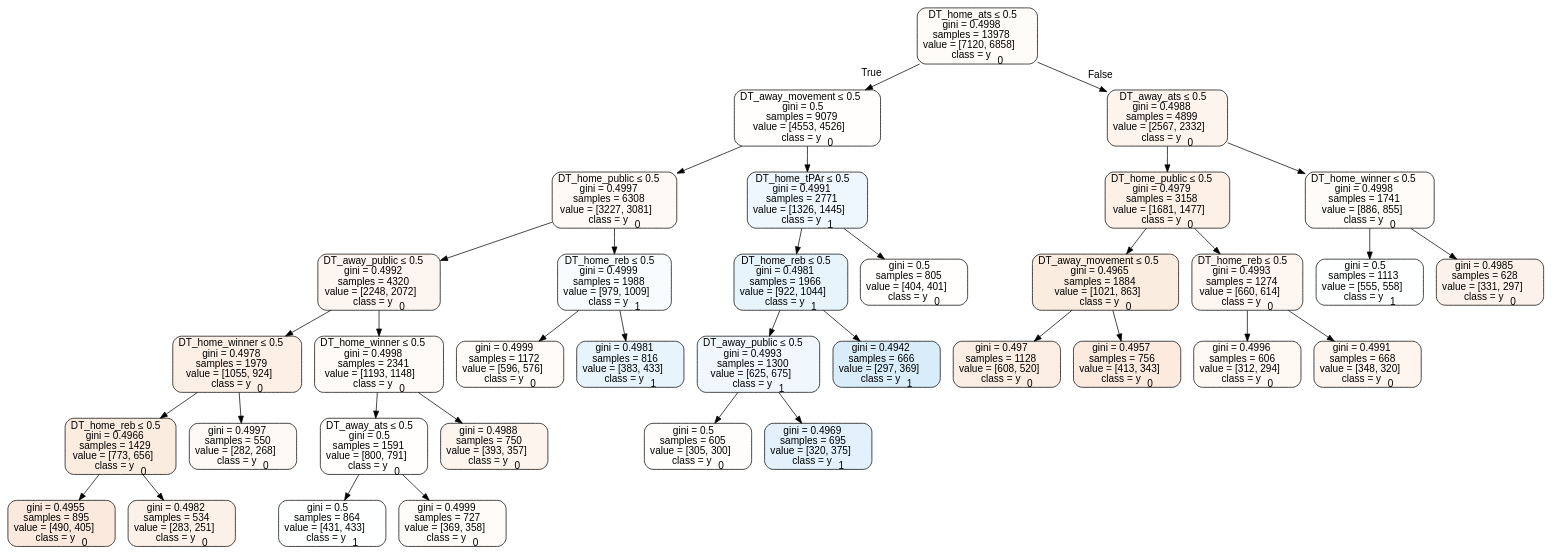
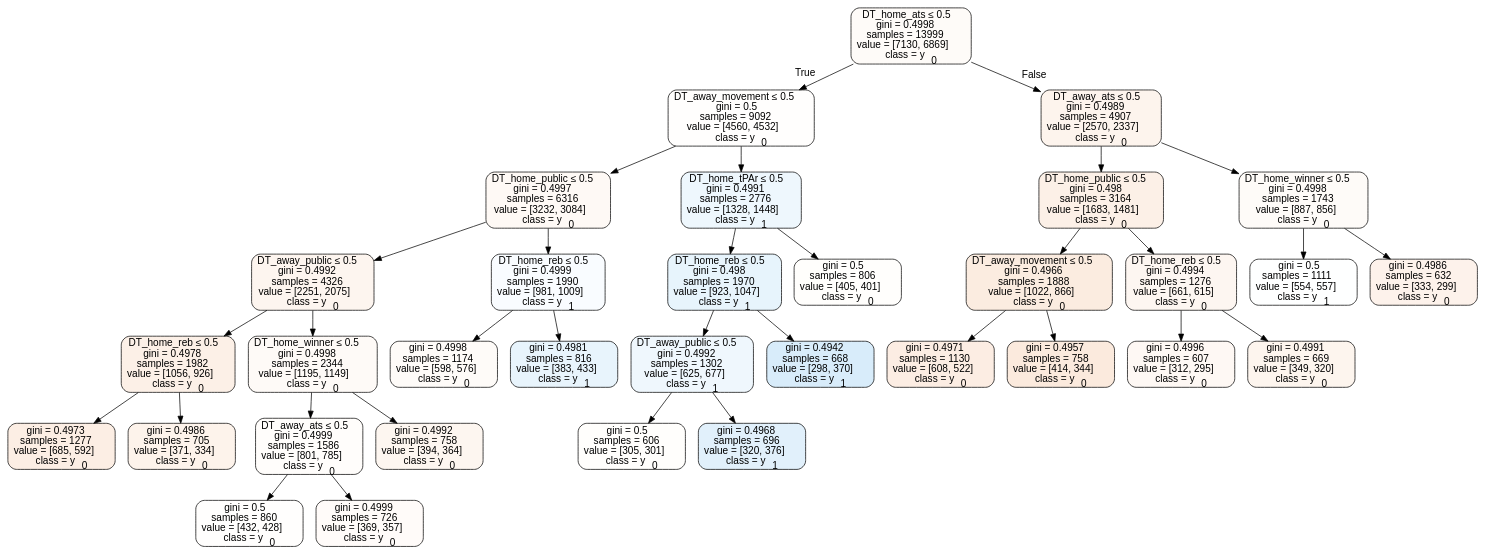
One commit to usbogie/ncaa-bets changed the diagram in tree_data/tree2012home.dot. Above: the diagram before and after it, drawn with Graphviz. The commit also changed 32 other files, not shown here.

```diff
--- a/tree_data/tree2012home.dot
+++ b/tree_data/tree2012home.dot
@@ -1,73 +1,69 @@
 digraph Tree {
 node [shape=box, style="filled, rounded", color="black", fontname=helvetica] ;
 edge [fontname=helvetica] ;
-0 [label=<DT_home_ats &le; 0.5<br/>gini = 0.4998<br/>samples = 13978<br/>value = [7120, 6858]<br/>class = y<SUB>0</SUB>>, fillcolor="#e5813909"] ;
-1 [label=<DT_away_movement &le; 0.5<br/>gini = 0.5<br/>samples = 9079<br/>value = [4553, 4526]<br/>class = y<SUB>0</SUB>>, fillcolor="#e5813902"] ;
+0 [label=<DT_home_ats &le; 0.5<br/>gini = 0.4998<br/>samples = 13999<br/>value = [7130, 6869]<br/>class = y<SUB>0</SUB>>, fillcolor="#e5813909"] ;
+1 [label=<DT_away_movement &le; 0.5<br/>gini = 0.5<br/>samples = 9092<br/>value = [4560, 4532]<br/>class = y<SUB>0</SUB>>, fillcolor="#e5813902"] ;
 0 -> 1 [labeldistance=2.5, labelangle=45, headlabel="True"] ;
-2 [label=<DT_home_public &le; 0.5<br/>gini = 0.4997<br/>samples = 6308<br/>value = [3227, 3081]<br/>class = y<SUB>0</SUB>>, fillcolor="#e581390c"] ;
+2 [label=<DT_home_public &le; 0.5<br/>gini = 0.4997<br/>samples = 6316<br/>value = [3232, 3084]<br/>class = y<SUB>0</SUB>>, fillcolor="#e581390c"] ;
 1 -> 2 ;
-3 [label=<DT_away_public &le; 0.5<br/>gini = 0.4992<br/>samples = 4320<br/>value = [2248, 2072]<br/>class = y<SUB>0</SUB>>, fillcolor="#e5813914"] ;
+3 [label=<DT_away_public &le; 0.5<br/>gini = 0.4992<br/>samples = 4326<br/>value = [2251, 2075]<br/>class = y<SUB>0</SUB>>, fillcolor="#e5813914"] ;
 2 -> 3 ;
-4 [label=<DT_home_winner &le; 0.5<br/>gini = 0.4978<br/>samples = 1979<br/>value = [1055, 924]<br/>class = y<SUB>0</SUB>>, fillcolor="#e5813920"] ;
+4 [label=<DT_home_reb &le; 0.5<br/>gini = 0.4978<br/>samples = 1982<br/>value = [1056, 926]<br/>class = y<SUB>0</SUB>>, fillcolor="#e581391f"] ;
 3 -> 4 ;
-5 [label=<DT_home_reb &le; 0.5<br/>gini = 0.4966<br/>samples = 1429<br/>value = [773, 656]<br/>class = y<SUB>0</SUB>>, fillcolor="#e5813927"] ;
+5 [label=<gini = 0.4973<br/>samples = 1277<br/>value = [685, 592]<br/>class = y<SUB>0</SUB>>, fillcolor="#e5813923"] ;
 4 -> 5 ;
-6 [label=<gini = 0.4955<br/>samples = 895<br/>value = [490, 405]<br/>class = y<SUB>0</SUB>>, fillcolor="#e581392c"] ;
-5 -> 6 ;
-7 [label=<gini = 0.4982<br/>samples = 534<br/>value = [283, 251]<br/>class = y<SUB>0</SUB>>, fillcolor="#e581391d"] ;
-5 -> 7 ;
-8 [label=<gini = 0.4997<br/>samples = 550<br/>value = [282, 268]<br/>class = y<SUB>0</SUB>>, fillcolor="#e581390d"] ;
-4 -> 8 ;
-9 [label=<DT_home_winner &le; 0.5<br/>gini = 0.4998<br/>samples = 2341<br/>value = [1193, 1148]<br/>class = y<SUB>0</SUB>>, fillcolor="#e581390a"] ;
-3 -> 9 ;
-10 [label=<DT_away_ats &le; 0.5<br/>gini = 0.5<br/>samples = 1591<br/>value = [800, 791]<br/>class = y<SUB>0</SUB>>, fillcolor="#e5813903"] ;
-9 -> 10 ;
-11 [label=<gini = 0.5<br/>samples = 864<br/>value = [431, 433]<br/>class = y<SUB>1</SUB>>, fillcolor="#399de501"] ;
-10 -> 11 ;
-12 [label=<gini = 0.4999<br/>samples = 727<br/>value = [369, 358]<br/>class = y<SUB>0</SUB>>, fillcolor="#e5813908"] ;
-10 -> 12 ;
-13 [label=<gini = 0.4988<br/>samples = 750<br/>value = [393, 357]<br/>class = y<SUB>0</SUB>>, fillcolor="#e5813917"] ;
-9 -> 13 ;
-14 [label=<DT_home_reb &le; 0.5<br/>gini = 0.4999<br/>samples = 1988<br/>value = [979, 1009]<br/>class = y<SUB>1</SUB>>, fillcolor="#399de508"] ;
-2 -> 14 ;
-15 [label=<gini = 0.4999<br/>samples = 1172<br/>value = [596, 576]<br/>class = y<SUB>0</SUB>>, fillcolor="#e5813909"] ;
-14 -> 15 ;
-16 [label=<gini = 0.4981<br/>samples = 816<br/>value = [383, 433]<br/>class = y<SUB>1</SUB>>, fillcolor="#399de51d"] ;
-14 -> 16 ;
-17 [label=<DT_home_tPAr &le; 0.5<br/>gini = 0.4991<br/>samples = 2771<br/>value = [1326, 1445]<br/>class = y<SUB>1</SUB>>, fillcolor="#399de515"] ;
-1 -> 17 ;
-18 [label=<DT_home_reb &le; 0.5<br/>gini = 0.4981<br/>samples = 1966<br/>value = [922, 1044]<br/>class = y<SUB>1</SUB>>, fillcolor="#399de51e"] ;
+6 [label=<gini = 0.4986<br/>samples = 705<br/>value = [371, 334]<br/>class = y<SUB>0</SUB>>, fillcolor="#e5813919"] ;
+4 -> 6 ;
+7 [label=<DT_home_winner &le; 0.5<br/>gini = 0.4998<br/>samples = 2344<br/>value = [1195, 1149]<br/>class = y<SUB>0</SUB>>, fillcolor="#e581390a"] ;
+3 -> 7 ;
+8 [label=<DT_away_ats &le; 0.5<br/>gini = 0.4999<br/>samples = 1586<br/>value = [801, 785]<br/>class = y<SUB>0</SUB>>, fillcolor="#e5813905"] ;
+7 -> 8 ;
+9 [label=<gini = 0.5<br/>samples = 860<br/>value = [432, 428]<br/>class = y<SUB>0</SUB>>, fillcolor="#e5813902"] ;
+8 -> 9 ;
+10 [label=<gini = 0.4999<br/>samples = 726<br/>value = [369, 357]<br/>class = y<SUB>0</SUB>>, fillcolor="#e5813908"] ;
+8 -> 10 ;
+11 [label=<gini = 0.4992<br/>samples = 758<br/>value = [394, 364]<br/>class = y<SUB>0</SUB>>, fillcolor="#e5813913"] ;
+7 -> 11 ;
+12 [label=<DT_home_reb &le; 0.5<br/>gini = 0.4999<br/>samples = 1990<br/>value = [981, 1009]<br/>class = y<SUB>1</SUB>>, fillcolor="#399de507"] ;
+2 -> 12 ;
+13 [label=<gini = 0.4998<br/>samples = 1174<br/>value = [598, 576]<br/>class = y<SUB>0</SUB>>, fillcolor="#e5813909"] ;
+12 -> 13 ;
+14 [label=<gini = 0.4981<br/>samples = 816<br/>value = [383, 433]<br/>class = y<SUB>1</SUB>>, fillcolor="#399de51d"] ;
+12 -> 14 ;
+15 [label=<DT_home_tPAr &le; 0.5<br/>gini = 0.4991<br/>samples = 2776<br/>value = [1328, 1448]<br/>class = y<SUB>1</SUB>>, fillcolor="#399de515"] ;
+1 -> 15 ;
+16 [label=<DT_home_reb &le; 0.5<br/>gini = 0.498<br/>samples = 1970<br/>value = [923, 1047]<br/>class = y<SUB>1</SUB>>, fillcolor="#399de51e"] ;
+15 -> 16 ;
+17 [label=<DT_away_public &le; 0.5<br/>gini = 0.4992<br/>samples = 1302<br/>value = [625, 677]<br/>class = y<SUB>1</SUB>>, fillcolor="#399de514"] ;
+16 -> 17 ;
+18 [label=<gini = 0.5<br/>samples = 606<br/>value = [305, 301]<br/>class = y<SUB>0</SUB>>, fillcolor="#e5813903"] ;
 17 -> 18 ;
-19 [label=<DT_away_public &le; 0.5<br/>gini = 0.4993<br/>samples = 1300<br/>value = [625, 675]<br/>class = y<SUB>1</SUB>>, fillcolor="#399de513"] ;
-18 -> 19 ;
-20 [label=<gini = 0.5<br/>samples = 605<br/>value = [305, 300]<br/>class = y<SUB>0</SUB>>, fillcolor="#e5813904"] ;
-19 -> 20 ;
-21 [label=<gini = 0.4969<br/>samples = 695<br/>value = [320, 375]<br/>class = y<SUB>1</SUB>>, fillcolor="#399de525"] ;
-19 -> 21 ;
-22 [label=<gini = 0.4942<br/>samples = 666<br/>value = [297, 369]<br/>class = y<SUB>1</SUB>>, fillcolor="#399de532"] ;
-18 -> 22 ;
-23 [label=<gini = 0.5<br/>samples = 805<br/>value = [404, 401]<br/>class = y<SUB>0</SUB>>, fillcolor="#e5813902"] ;
-17 -> 23 ;
-24 [label=<DT_away_ats &le; 0.5<br/>gini = 0.4988<br/>samples = 4899<br/>value = [2567, 2332]<br/>class = y<SUB>0</SUB>>, fillcolor="#e5813917"] ;
-0 -> 24 [labeldistance=2.5, labelangle=-45, headlabel="False"] ;
-25 [label=<DT_home_public &le; 0.5<br/>gini = 0.4979<br/>samples = 3158<br/>value = [1681, 1477]<br/>class = y<SUB>0</SUB>>, fillcolor="#e581391f"] ;
+19 [label=<gini = 0.4968<br/>samples = 696<br/>value = [320, 376]<br/>class = y<SUB>1</SUB>>, fillcolor="#399de526"] ;
+17 -> 19 ;
+20 [label=<gini = 0.4942<br/>samples = 668<br/>value = [298, 370]<br/>class = y<SUB>1</SUB>>, fillcolor="#399de532"] ;
+16 -> 20 ;
+21 [label=<gini = 0.5<br/>samples = 806<br/>value = [405, 401]<br/>class = y<SUB>0</SUB>>, fillcolor="#e5813903"] ;
+15 -> 21 ;
+22 [label=<DT_away_ats &le; 0.5<br/>gini = 0.4989<br/>samples = 4907<br/>value = [2570, 2337]<br/>class = y<SUB>0</SUB>>, fillcolor="#e5813917"] ;
+0 -> 22 [labeldistance=2.5, labelangle=-45, headlabel="False"] ;
+23 [label=<DT_home_public &le; 0.5<br/>gini = 0.498<br/>samples = 3164<br/>value = [1683, 1481]<br/>class = y<SUB>0</SUB>>, fillcolor="#e581391f"] ;
+22 -> 23 ;
+24 [label=<DT_away_movement &le; 0.5<br/>gini = 0.4966<br/>samples = 1888<br/>value = [1022, 866]<br/>class = y<SUB>0</SUB>>, fillcolor="#e5813927"] ;
+23 -> 24 ;
+25 [label=<gini = 0.4971<br/>samples = 1130<br/>value = [608, 522]<br/>class = y<SUB>0</SUB>>, fillcolor="#e5813924"] ;
 24 -> 25 ;
-26 [label=<DT_away_movement &le; 0.5<br/>gini = 0.4965<br/>samples = 1884<br/>value = [1021, 863]<br/>class = y<SUB>0</SUB>>, fillcolor="#e5813927"] ;
-25 -> 26 ;
-27 [label=<gini = 0.497<br/>samples = 1128<br/>value = [608, 520]<br/>class = y<SUB>0</SUB>>, fillcolor="#e5813925"] ;
-26 -> 27 ;
-28 [label=<gini = 0.4957<br/>samples = 756<br/>value = [413, 343]<br/>class = y<SUB>0</SUB>>, fillcolor="#e581392b"] ;
-26 -> 28 ;
-29 [label=<DT_home_reb &le; 0.5<br/>gini = 0.4993<br/>samples = 1274<br/>value = [660, 614]<br/>class = y<SUB>0</SUB>>, fillcolor="#e5813912"] ;
-25 -> 29 ;
-30 [label=<gini = 0.4996<br/>samples = 606<br/>value = [312, 294]<br/>class = y<SUB>0</SUB>>, fillcolor="#e581390f"] ;
-29 -> 30 ;
-31 [label=<gini = 0.4991<br/>samples = 668<br/>value = [348, 320]<br/>class = y<SUB>0</SUB>>, fillcolor="#e5813915"] ;
-29 -> 31 ;
-32 [label=<DT_home_winner &le; 0.5<br/>gini = 0.4998<br/>samples = 1741<br/>value = [886, 855]<br/>class = y<SUB>0</SUB>>, fillcolor="#e5813909"] ;
-24 -> 32 ;
-33 [label=<gini = 0.5<br/>samples = 1113<br/>value = [555, 558]<br/>class = y<SUB>1</SUB>>, fillcolor="#399de501"] ;
-32 -> 33 ;
-34 [label=<gini = 0.4985<br/>samples = 628<br/>value = [331, 297]<br/>class = y<SUB>0</SUB>>, fillcolor="#e581391a"] ;
-32 -> 34 ;
+26 [label=<gini = 0.4957<br/>samples = 758<br/>value = [414, 344]<br/>class = y<SUB>0</SUB>>, fillcolor="#e581392b"] ;
+24 -> 26 ;
+27 [label=<DT_home_reb &le; 0.5<br/>gini = 0.4994<br/>samples = 1276<br/>value = [661, 615]<br/>class = y<SUB>0</SUB>>, fillcolor="#e5813912"] ;
+23 -> 27 ;
+28 [label=<gini = 0.4996<br/>samples = 607<br/>value = [312, 295]<br/>class = y<SUB>0</SUB>>, fillcolor="#e581390e"] ;
+27 -> 28 ;
+29 [label=<gini = 0.4991<br/>samples = 669<br/>value = [349, 320]<br/>class = y<SUB>0</SUB>>, fillcolor="#e5813915"] ;
+27 -> 29 ;
+30 [label=<DT_home_winner &le; 0.5<br/>gini = 0.4998<br/>samples = 1743<br/>value = [887, 856]<br/>class = y<SUB>0</SUB>>, fillcolor="#e5813909"] ;
+22 -> 30 ;
+31 [label=<gini = 0.5<br/>samples = 1111<br/>value = [554, 557]<br/>class = y<SUB>1</SUB>>, fillcolor="#399de501"] ;
+30 -> 31 ;
+32 [label=<gini = 0.4986<br/>samples = 632<br/>value = [333, 299]<br/>class = y<SUB>0</SUB>>, fillcolor="#e581391a"] ;
+30 -> 32 ;
 }
```
